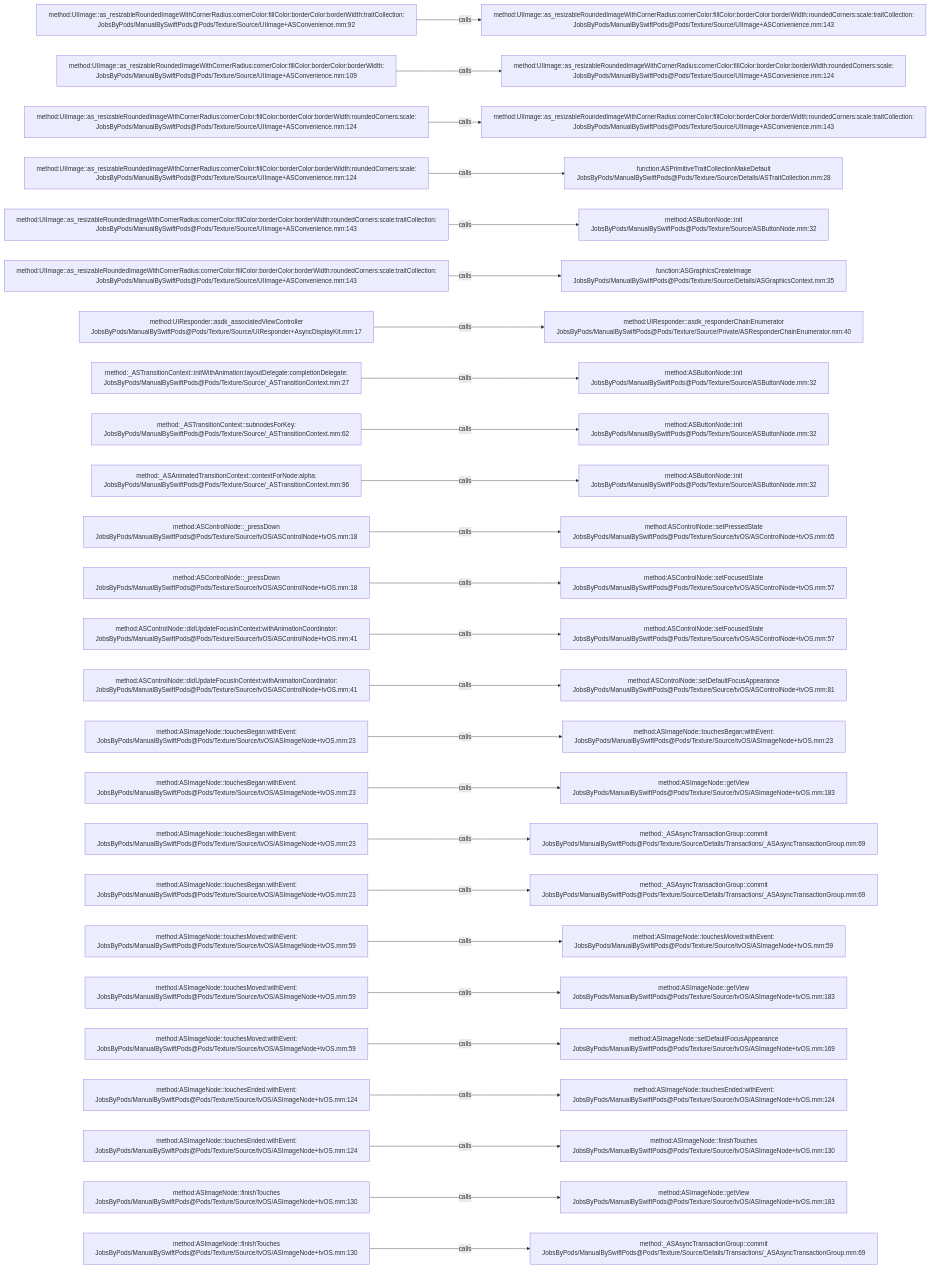
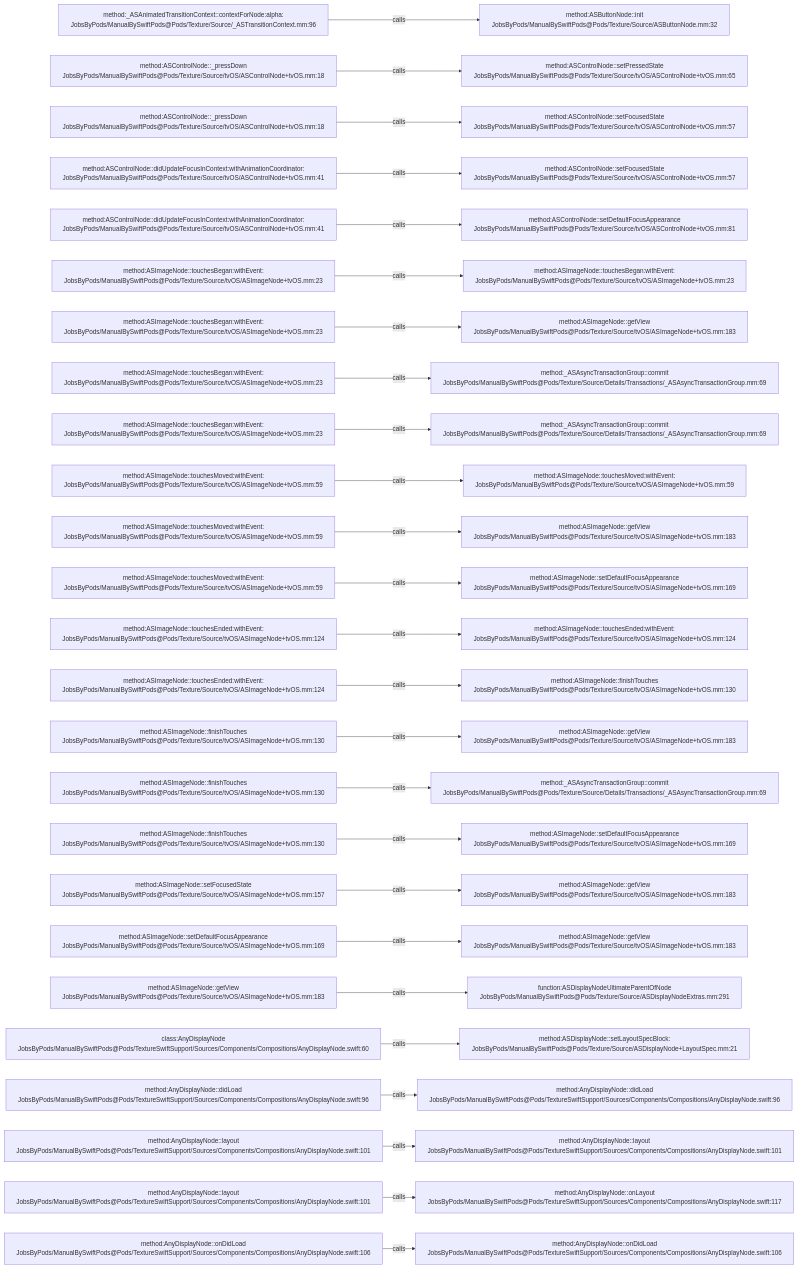
Before and after one commit to JobsKits/JobsSwiftBaseConfigDemo: the diagram in .codegraph/codegraph.md/graphs/calls-152.md, drawn with Mermaid. The commit also changed 707 other files, not shown here.

````diff
--- a/.codegraph/codegraph.md/graphs/calls-152.md
+++ b/.codegraph/codegraph.md/graphs/calls-152.md
@@ -13,78 +13,78 @@
 ```mermaid
 flowchart LR
-  S1["method:UIImage::as_resizableRoundedImageWithCornerRadius:cornerColor:fillColor:borderColor:borderWidth:traitCollection:<br/>JobsByPods/ManualBySwiftPods@Pods/Texture/Source/UIImage+ASConvenience.mm:92"]
-  T1["method:UIImage::as_resizableRoundedImageWithCornerRadius:cornerColor:fillColor:borderColor:borderWidth:roundedCorners:scale:traitCollection:<br/>JobsByPods/ManualBySwiftPods@Pods/Texture/Source/UIImage+ASConvenience.mm:143"]
+  S1["method:_ASAnimatedTransitionContext::contextForNode:alpha:<br/>JobsByPods/ManualBySwiftPods@Pods/Texture/Source/_ASTransitionContext.mm:96"]
+  T1["method:ASButtonNode::init<br/>JobsByPods/ManualBySwiftPods@Pods/Texture/Source/ASButtonNode.mm:32"]
   S1 -->|calls| T1
-  S2["method:UIImage::as_resizableRoundedImageWithCornerRadius:cornerColor:fillColor:borderColor:borderWidth:<br/>JobsByPods/ManualBySwiftPods@Pods/Texture/Source/UIImage+ASConvenience.mm:109"]
-  T2["method:UIImage::as_resizableRoundedImageWithCornerRadius:cornerColor:fillColor:borderColor:borderWidth:roundedCorners:scale:<br/>JobsByPods/ManualBySwiftPods@Pods/Texture/Source/UIImage+ASConvenience.mm:124"]
+  S2["method:ASControlNode::_pressDown<br/>JobsByPods/ManualBySwiftPods@Pods/Texture/Source/tvOS/ASControlNode+tvOS.mm:18"]
+  T2["method:ASControlNode::setPressedState<br/>JobsByPods/ManualBySwiftPods@Pods/Texture/Source/tvOS/ASControlNode+tvOS.mm:65"]
   S2 -->|calls| T2
-  S3["method:UIImage::as_resizableRoundedImageWithCornerRadius:cornerColor:fillColor:borderColor:borderWidth:roundedCorners:scale:<br/>JobsByPods/ManualBySwiftPods@Pods/Texture/Source/UIImage+ASConvenience.mm:124"]
-  T3["method:UIImage::as_resizableRoundedImageWithCornerRadius:cornerColor:fillColor:borderColor:borderWidth:roundedCorners:scale:traitCollection:<br/>JobsByPods/ManualBySwiftPods@Pods/Texture/Source/UIImage+ASConvenience.mm:143"]
+  S3["method:ASControlNode::_pressDown<br/>JobsByPods/ManualBySwiftPods@Pods/Texture/Source/tvOS/ASControlNode+tvOS.mm:18"]
+  T3["method:ASControlNode::setFocusedState<br/>JobsByPods/ManualBySwiftPods@Pods/Texture/Source/tvOS/ASControlNode+tvOS.mm:57"]
   S3 -->|calls| T3
-  S4["method:UIImage::as_resizableRoundedImageWithCornerRadius:cornerColor:fillColor:borderColor:borderWidth:roundedCorners:scale:<br/>JobsByPods/ManualBySwiftPods@Pods/Texture/Source/UIImage+ASConvenience.mm:124"]
-  T4["function:ASPrimitiveTraitCollectionMakeDefault<br/>JobsByPods/ManualBySwiftPods@Pods/Texture/Source/Details/ASTraitCollection.mm:28"]
+  S4["method:ASControlNode::didUpdateFocusInContext:withAnimationCoordinator:<br/>JobsByPods/ManualBySwiftPods@Pods/Texture/Source/tvOS/ASControlNode+tvOS.mm:41"]
+  T4["method:ASControlNode::setFocusedState<br/>JobsByPods/ManualBySwiftPods@Pods/Texture/Source/tvOS/ASControlNode+tvOS.mm:57"]
   S4 -->|calls| T4
-  S5["method:UIImage::as_resizableRoundedImageWithCornerRadius:cornerColor:fillColor:borderColor:borderWidth:roundedCorners:scale:traitCollection:<br/>JobsByPods/ManualBySwiftPods@Pods/Texture/Source/UIImage+ASConvenience.mm:143"]
-  T5["method:ASButtonNode::init<br/>JobsByPods/ManualBySwiftPods@Pods/Texture/Source/ASButtonNode.mm:32"]
+  S5["method:ASControlNode::didUpdateFocusInContext:withAnimationCoordinator:<br/>JobsByPods/ManualBySwiftPods@Pods/Texture/Source/tvOS/ASControlNode+tvOS.mm:41"]
+  T5["method:ASControlNode::setDefaultFocusAppearance<br/>JobsByPods/ManualBySwiftPods@Pods/Texture/Source/tvOS/ASControlNode+tvOS.mm:81"]
   S5 -->|calls| T5
-  S6["method:UIImage::as_resizableRoundedImageWithCornerRadius:cornerColor:fillColor:borderColor:borderWidth:roundedCorners:scale:traitCollection:<br/>JobsByPods/ManualBySwiftPods@Pods/Texture/Source/UIImage+ASConvenience.mm:143"]
-  T6["function:ASGraphicsCreateImage<br/>JobsByPods/ManualBySwiftPods@Pods/Texture/Source/Details/ASGraphicsContext.mm:35"]
+  S6["method:ASImageNode::touchesBegan:withEvent:<br/>JobsByPods/ManualBySwiftPods@Pods/Texture/Source/tvOS/ASImageNode+tvOS.mm:23"]
+  T6["method:ASImageNode::touchesBegan:withEvent:<br/>JobsByPods/ManualBySwiftPods@Pods/Texture/Source/tvOS/ASImageNode+tvOS.mm:23"]
   S6 -->|calls| T6
-  S7["method:UIResponder::asdk_associatedViewController<br/>JobsByPods/ManualBySwiftPods@Pods/Texture/Source/UIResponder+AsyncDisplayKit.mm:17"]
-  T7["method:UIResponder::asdk_responderChainEnumerator<br/>JobsByPods/ManualBySwiftPods@Pods/Texture/Source/Private/ASResponderChainEnumerator.mm:40"]
+  S7["method:ASImageNode::touchesBegan:withEvent:<br/>JobsByPods/ManualBySwiftPods@Pods/Texture/Source/tvOS/ASImageNode+tvOS.mm:23"]
+  T7["method:ASImageNode::getView<br/>JobsByPods/ManualBySwiftPods@Pods/Texture/Source/tvOS/ASImageNode+tvOS.mm:183"]
   S7 -->|calls| T7
-  S8["method:_ASTransitionContext::initWithAnimation:layoutDelegate:completionDelegate:<br/>JobsByPods/ManualBySwiftPods@Pods/Texture/Source/_ASTransitionContext.mm:27"]
-  T8["method:ASButtonNode::init<br/>JobsByPods/ManualBySwiftPods@Pods/Texture/Source/ASButtonNode.mm:32"]
+  S8["method:ASImageNode::touchesBegan:withEvent:<br/>JobsByPods/ManualBySwiftPods@Pods/Texture/Source/tvOS/ASImageNode+tvOS.mm:23"]
+  T8["method:_ASAsyncTransactionGroup::commit<br/>JobsByPods/ManualBySwiftPods@Pods/Texture/Source/Details/Transactions/_ASAsyncTransactionGroup.mm:69"]
   S8 -->|calls| T8
-  S9["method:_ASTransitionContext::subnodesForKey:<br/>JobsByPods/ManualBySwiftPods@Pods/Texture/Source/_ASTransitionContext.mm:62"]
-  T9["method:ASButtonNode::init<br/>JobsByPods/ManualBySwiftPods@Pods/Texture/Source/ASButtonNode.mm:32"]
+  S9["method:ASImageNode::touchesBegan:withEvent:<br/>JobsByPods/ManualBySwiftPods@Pods/Texture/Source/tvOS/ASImageNode+tvOS.mm:23"]
+  T9["method:_ASAsyncTransactionGroup::commit<br/>JobsByPods/ManualBySwiftPods@Pods/Texture/Source/Details/Transactions/_ASAsyncTransactionGroup.mm:69"]
   S9 -->|calls| T9
-  S10["method:_ASAnimatedTransitionContext::contextForNode:alpha:<br/>JobsByPods/ManualBySwiftPods@Pods/Texture/Source/_ASTransitionContext.mm:96"]
-  T10["method:ASButtonNode::init<br/>JobsByPods/ManualBySwiftPods@Pods/Texture/Source/ASButtonNode.mm:32"]
+  S10["method:ASImageNode::touchesMoved:withEvent:<br/>JobsByPods/ManualBySwiftPods@Pods/Texture/Source/tvOS/ASImageNode+tvOS.mm:59"]
+  T10["method:ASImageNode::touchesMoved:withEvent:<br/>JobsByPods/ManualBySwiftPods@Pods/Texture/Source/tvOS/ASImageNode+tvOS.mm:59"]
   S10 -->|calls| T10
-  S11["method:ASControlNode::_pressDown<br/>JobsByPods/ManualBySwiftPods@Pods/Texture/Source/tvOS/ASControlNode+tvOS.mm:18"]
-  T11["method:ASControlNode::setPressedState<br/>JobsByPods/ManualBySwiftPods@Pods/Texture/Source/tvOS/ASControlNode+tvOS.mm:65"]
+  S11["method:ASImageNode::touchesMoved:withEvent:<br/>JobsByPods/ManualBySwiftPods@Pods/Texture/Source/tvOS/ASImageNode+tvOS.mm:59"]
+  T11["method:ASImageNode::getView<br/>JobsByPods/ManualBySwiftPods@Pods/Texture/Source/tvOS/ASImageNode+tvOS.mm:183"]
   S11 -->|calls| T11
-  S12["method:ASControlNode::_pressDown<br/>JobsByPods/ManualBySwiftPods@Pods/Texture/Source/tvOS/ASControlNode+tvOS.mm:18"]
-  T12["method:ASControlNode::setFocusedState<br/>JobsByPods/ManualBySwiftPods@Pods/Texture/Source/tvOS/ASControlNode+tvOS.mm:57"]
+  S12["method:ASImageNode::touchesMoved:withEvent:<br/>JobsByPods/ManualBySwiftPods@Pods/Texture/Source/tvOS/ASImageNode+tvOS.mm:59"]
+  T12["method:ASImageNode::setDefaultFocusAppearance<br/>JobsByPods/ManualBySwiftPods@Pods/Texture/Source/tvOS/ASImageNode+tvOS.mm:169"]
   S12 -->|calls| T12
-  S13["method:ASControlNode::didUpdateFocusInContext:withAnimationCoordinator:<br/>JobsByPods/ManualBySwiftPods@Pods/Texture/Source/tvOS/ASControlNode+tvOS.mm:41"]
-  T13["method:ASControlNode::setFocusedState<br/>JobsByPods/ManualBySwiftPods@Pods/Texture/Source/tvOS/ASControlNode+tvOS.mm:57"]
+  S13["method:ASImageNode::touchesEnded:withEvent:<br/>JobsByPods/ManualBySwiftPods@Pods/Texture/Source/tvOS/ASImageNode+tvOS.mm:124"]
+  T13["method:ASImageNode::touchesEnded:withEvent:<br/>JobsByPods/ManualBySwiftPods@Pods/Texture/Source/tvOS/ASImageNode+tvOS.mm:124"]
   S13 -->|calls| T13
-  S14["method:ASControlNode::didUpdateFocusInContext:withAnimationCoordinator:<br/>JobsByPods/ManualBySwiftPods@Pods/Texture/Source/tvOS/ASControlNode+tvOS.mm:41"]
-  T14["method:ASControlNode::setDefaultFocusAppearance<br/>JobsByPods/ManualBySwiftPods@Pods/Texture/Source/tvOS/ASControlNode+tvOS.mm:81"]
+  S14["method:ASImageNode::touchesEnded:withEvent:<br/>JobsByPods/ManualBySwiftPods@Pods/Texture/Source/tvOS/ASImageNode+tvOS.mm:124"]
+  T14["method:ASImageNode::finishTouches<br/>JobsByPods/ManualBySwiftPods@Pods/Texture/Source/tvOS/ASImageNode+tvOS.mm:130"]
   S14 -->|calls| T14
-  S15["method:ASImageNode::touchesBegan:withEvent:<br/>JobsByPods/ManualBySwiftPods@Pods/Texture/Source/tvOS/ASImageNode+tvOS.mm:23"]
-  T15["method:ASImageNode::touchesBegan:withEvent:<br/>JobsByPods/ManualBySwiftPods@Pods/Texture/Source/tvOS/ASImageNode+tvOS.mm:23"]
+  S15["method:ASImageNode::finishTouches<br/>JobsByPods/ManualBySwiftPods@Pods/Texture/Source/tvOS/ASImageNode+tvOS.mm:130"]
+  T15["method:ASImageNode::getView<br/>JobsByPods/ManualBySwiftPods@Pods/Texture/Source/tvOS/ASImageNode+tvOS.mm:183"]
   S15 -->|calls| T15
-  S16["method:ASImageNode::touchesBegan:withEvent:<br/>JobsByPods/ManualBySwiftPods@Pods/Texture/Source/tvOS/ASImageNode+tvOS.mm:23"]
-  T16["method:ASImageNode::getView<br/>JobsByPods/ManualBySwiftPods@Pods/Texture/Source/tvOS/ASImageNode+tvOS.mm:183"]
+  S16["method:ASImageNode::finishTouches<br/>JobsByPods/ManualBySwiftPods@Pods/Texture/Source/tvOS/ASImageNode+tvOS.mm:130"]
+  T16["method:_ASAsyncTransactionGroup::commit<br/>JobsByPods/ManualBySwiftPods@Pods/Texture/Source/Details/Transactions/_ASAsyncTransactionGroup.mm:69"]
   S16 -->|calls| T16
-  S17["method:ASImageNode::touchesBegan:withEvent:<br/>JobsByPods/ManualBySwiftPods@Pods/Texture/Source/tvOS/ASImageNode+tvOS.mm:23"]
-  T17["method:_ASAsyncTransactionGroup::commit<br/>JobsByPods/ManualBySwiftPods@Pods/Texture/Source/Details/Transactions/_ASAsyncTransactionGroup.mm:69"]
+  S17["method:ASImageNode::finishTouches<br/>JobsByPods/ManualBySwiftPods@Pods/Texture/Source/tvOS/ASImageNode+tvOS.mm:130"]
+  T17["method:ASImageNode::setDefaultFocusAppearance<br/>JobsByPods/ManualBySwiftPods@Pods/Texture/Source/tvOS/ASImageNode+tvOS.mm:169"]
   S17 -->|calls| T17
-  S18["method:ASImageNode::touchesBegan:withEvent:<br/>JobsByPods/ManualBySwiftPods@Pods/Texture/Source/tvOS/ASImageNode+tvOS.mm:23"]
-  T18["method:_ASAsyncTransactionGroup::commit<br/>JobsByPods/ManualBySwiftPods@Pods/Texture/Source/Details/Transactions/_ASAsyncTransactionGroup.mm:69"]
+  S18["method:ASImageNode::setFocusedState<br/>JobsByPods/ManualBySwiftPods@Pods/Texture/Source/tvOS/ASImageNode+tvOS.mm:157"]
+  T18["method:ASImageNode::getView<br/>JobsByPods/ManualBySwiftPods@Pods/Texture/Source/tvOS/ASImageNode+tvOS.mm:183"]
   S18 -->|calls| T18
-  S19["method:ASImageNode::touchesMoved:withEvent:<br/>JobsByPods/ManualBySwiftPods@Pods/Texture/Source/tvOS/ASImageNode+tvOS.mm:59"]
-  T19["method:ASImageNode::touchesMoved:withEvent:<br/>JobsByPods/ManualBySwiftPods@Pods/Texture/Source/tvOS/ASImageNode+tvOS.mm:59"]
+  S19["method:ASImageNode::setDefaultFocusAppearance<br/>JobsByPods/ManualBySwiftPods@Pods/Texture/Source/tvOS/ASImageNode+tvOS.mm:169"]
+  T19["method:ASImageNode::getView<br/>JobsByPods/ManualBySwiftPods@Pods/Texture/Source/tvOS/ASImageNode+tvOS.mm:183"]
   S19 -->|calls| T19
-  S20["method:ASImageNode::touchesMoved:withEvent:<br/>JobsByPods/ManualBySwiftPods@Pods/Texture/Source/tvOS/ASImageNode+tvOS.mm:59"]
-  T20["method:ASImageNode::getView<br/>JobsByPods/ManualBySwiftPods@Pods/Texture/Source/tvOS/ASImageNode+tvOS.mm:183"]
+  S20["method:ASImageNode::getView<br/>JobsByPods/ManualBySwiftPods@Pods/Texture/Source/tvOS/ASImageNode+tvOS.mm:183"]
+  T20["function:ASDisplayNodeUltimateParentOfNode<br/>JobsByPods/ManualBySwiftPods@Pods/Texture/Source/ASDisplayNodeExtras.mm:291"]
   S20 -->|calls| T20
-  S21["method:ASImageNode::touchesMoved:withEvent:<br/>JobsByPods/ManualBySwiftPods@Pods/Texture/Source/tvOS/ASImageNode+tvOS.mm:59"]
-  T21["method:ASImageNode::setDefaultFocusAppearance<br/>JobsByPods/ManualBySwiftPods@Pods/Texture/Source/tvOS/ASImageNode+tvOS.mm:169"]
+  S21["class:AnyDisplayNode<br/>JobsByPods/ManualBySwiftPods@Pods/TextureSwiftSupport/Sources/Components/Compositions/AnyDisplayNode.swift:60"]
+  T21["method:ASDisplayNode::setLayoutSpecBlock:<br/>JobsByPods/ManualBySwiftPods@Pods/Texture/Source/ASDisplayNode+LayoutSpec.mm:21"]
   S21 -->|calls| T21
-  S22["method:ASImageNode::touchesEnded:withEvent:<br/>JobsByPods/ManualBySwiftPods@Pods/Texture/Source/tvOS/ASImageNode+tvOS.mm:124"]
-  T22["method:ASImageNode::touchesEnded:withEvent:<br/>JobsByPods/ManualBySwiftPods@Pods/Texture/Source/tvOS/ASImageNode+tvOS.mm:124"]
+  S22["method:AnyDisplayNode::didLoad<br/>JobsByPods/ManualBySwiftPods@Pods/TextureSwiftSupport/Sources/Components/Compositions/AnyDisplayNode.swift:96"]
+  T22["method:AnyDisplayNode::didLoad<br/>JobsByPods/ManualBySwiftPods@Pods/TextureSwiftSupport/Sources/Components/Compositions/AnyDisplayNode.swift:96"]
   S22 -->|calls| T22
-  S23["method:ASImageNode::touchesEnded:withEvent:<br/>JobsByPods/ManualBySwiftPods@Pods/Texture/Source/tvOS/ASImageNode+tvOS.mm:124"]
-  T23["method:ASImageNode::finishTouches<br/>JobsByPods/ManualBySwiftPods@Pods/Texture/Source/tvOS/ASImageNode+tvOS.mm:130"]
+  S23["method:AnyDisplayNode::layout<br/>JobsByPods/ManualBySwiftPods@Pods/TextureSwiftSupport/Sources/Components/Compositions/AnyDisplayNode.swift:101"]
+  T23["method:AnyDisplayNode::layout<br/>JobsByPods/ManualBySwiftPods@Pods/TextureSwiftSupport/Sources/Components/Compositions/AnyDisplayNode.swift:101"]
   S23 -->|calls| T23
-  S24["method:ASImageNode::finishTouches<br/>JobsByPods/ManualBySwiftPods@Pods/Texture/Source/tvOS/ASImageNode+tvOS.mm:130"]
-  T24["method:ASImageNode::getView<br/>JobsByPods/ManualBySwiftPods@Pods/Texture/Source/tvOS/ASImageNode+tvOS.mm:183"]
+  S24["method:AnyDisplayNode::layout<br/>JobsByPods/ManualBySwiftPods@Pods/TextureSwiftSupport/Sources/Components/Compositions/AnyDisplayNode.swift:101"]
+  T24["method:AnyDisplayNode::onLayout<br/>JobsByPods/ManualBySwiftPods@Pods/TextureSwiftSupport/Sources/Components/Compositions/AnyDisplayNode.swift:117"]
   S24 -->|calls| T24
-  S25["method:ASImageNode::finishTouches<br/>JobsByPods/ManualBySwiftPods@Pods/Texture/Source/tvOS/ASImageNode+tvOS.mm:130"]
-  T25["method:_ASAsyncTransactionGroup::commit<br/>JobsByPods/ManualBySwiftPods@Pods/Texture/Source/Details/Transactions/_ASAsyncTransactionGroup.mm:69"]
+  S25["method:AnyDisplayNode::onDidLoad<br/>JobsByPods/ManualBySwiftPods@Pods/TextureSwiftSupport/Sources/Components/Compositions/AnyDisplayNode.swift:106"]
+  T25["method:AnyDisplayNode::onDidLoad<br/>JobsByPods/ManualBySwiftPods@Pods/TextureSwiftSupport/Sources/Components/Compositions/AnyDisplayNode.swift:106"]
   S25 -->|calls| T25
 ```
````
